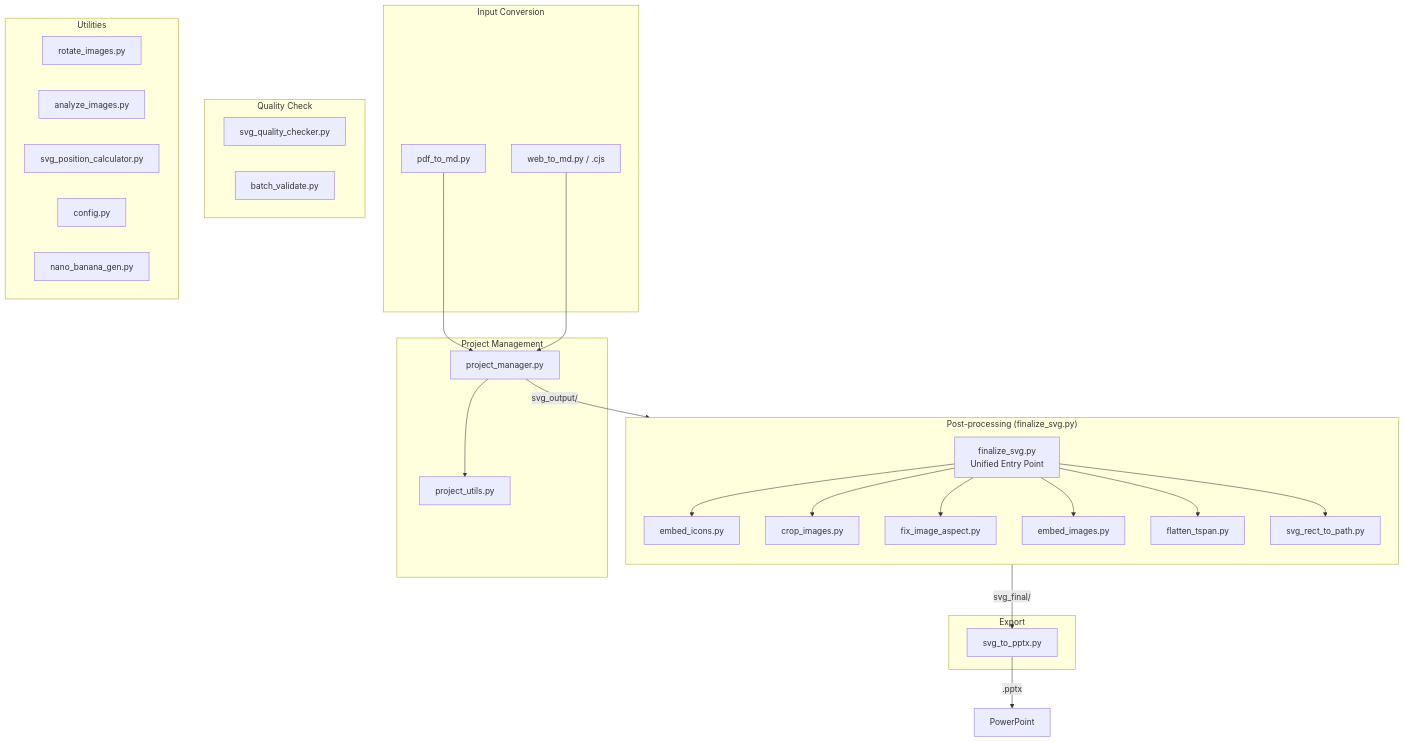
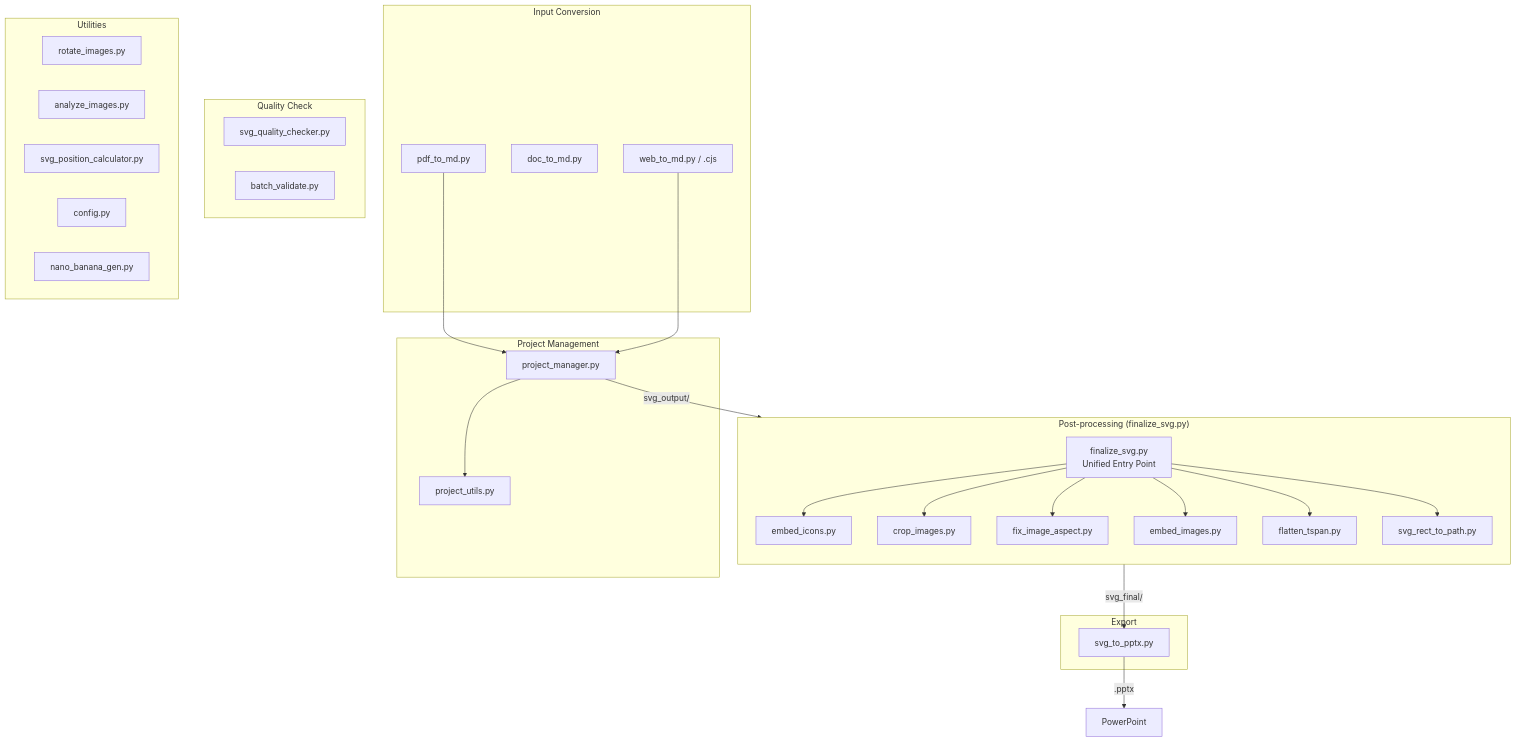
The diagram in skills/ppt-master/scripts/README.md (hugohe3/ppt-master), drawn with Mermaid before and after one commit. The commit also changed other lines of this file and 8 other files, not shown here.

````diff
--- a/skills/ppt-master/scripts/README.md
+++ b/skills/ppt-master/scripts/README.md
@@ -7,54 +7,55 @@
 ```mermaid
 graph TB
     subgraph Input["Input Conversion"]
         A1[pdf_to_md.py]
+        A1b[doc_to_md.py]
         A2[web_to_md.py / .cjs]
     end
 
     subgraph Project["Project Management"]
         B1[project_manager.py]
         B2[project_utils.py]
         B1 --> B2
     end
 
     subgraph Finalize["Post-processing (finalize_svg.py)"]
         direction TB
         C0[finalize_svg.py<br/>Unified Entry Point]
         C1[embed_icons.py]
         C2[crop_images.py]
         C3[fix_image_aspect.py]
         C4[embed_images.py]
         C5[flatten_tspan.py]
         C6[svg_rect_to_path.py]
 
         C0 --> C1
         C0 --> C2
         C0 --> C3
         C0 --> C4
         C0 --> C5
         C0 --> C6
     end
 
     subgraph Export["Export"]
         D1[svg_to_pptx.py]
     end
 
     subgraph Quality["Quality Check"]
         E1[svg_quality_checker.py]
         E2[batch_validate.py]
     end
 
     subgraph Utils["Utilities"]
         F1[rotate_images.py]
         F2[analyze_images.py]
         F3[svg_position_calculator.py]
         F4[config.py]
         F5[nano_banana_gen.py]
     end
 
     A1 --> B1
     A2 --> B1
     B1 -->|svg_output/| C0
     C0 -->|svg_final/| D1
     D1 -->|.pptx| Output[PowerPoint]
 ```
````
